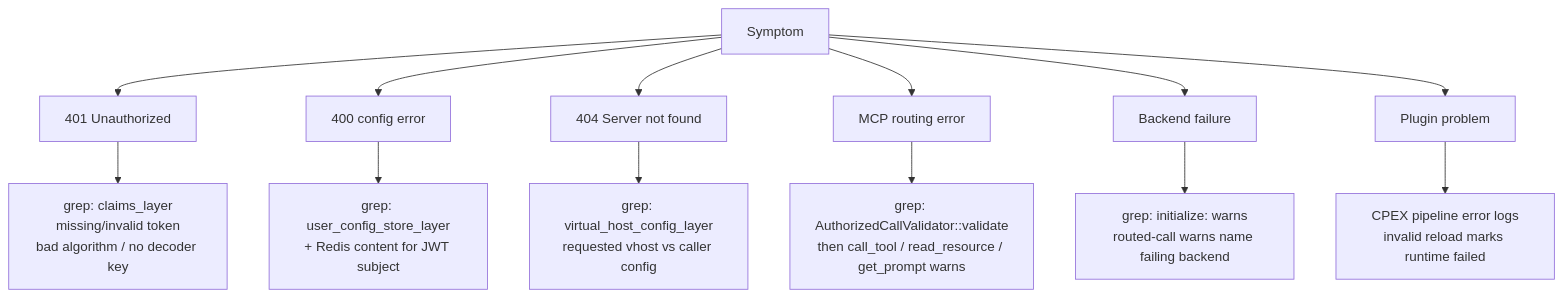
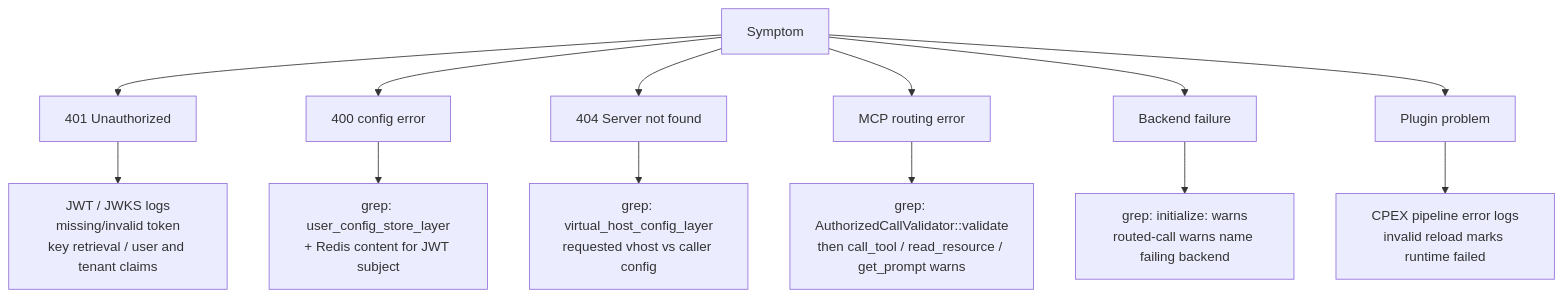
The second of 2 diagrams in _context/wiki/config.md (contextforge-org/contextforge-data-plane), drawn with Mermaid before and after one commit. The commit also changed other lines of this file and 6 other files, not shown here.

````diff
--- a/_context/wiki/config.md
+++ b/_context/wiki/config.md
@@ -363,16 +387,16 @@
 ```mermaid
 flowchart TD
     SYM["Symptom"] --> S401["401 Unauthorized"]
     SYM --> S400["400 config error"]
     SYM --> S404["404 Server not found"]
     SYM --> SMCP["MCP routing error"]
     SYM --> SBACK["Backend failure"]
     SYM --> SPLUG["Plugin problem"]
 
-    S401 --> L401["grep: claims_layer\nmissing/invalid token\nbad algorithm / no decoder key"]
+    S401 --> L401["JWT / JWKS logs\nmissing/invalid token\nkey retrieval / user and tenant claims"]
     S400 --> L400["grep: user_config_store_layer\n+ Redis content for JWT subject"]
     S404 --> L404["grep: virtual_host_config_layer\nrequested vhost vs caller config"]
     SMCP --> LMCP["grep: AuthorizedCallValidator::validate\nthen call_tool / read_resource / get_prompt warns"]
     SBACK --> LBACK["grep: initialize: warns\nrouted-call warns name failing backend"]
     SPLUG --> LPLUG["CPEX pipeline error logs\ninvalid reload marks runtime failed"]
 ```
````
